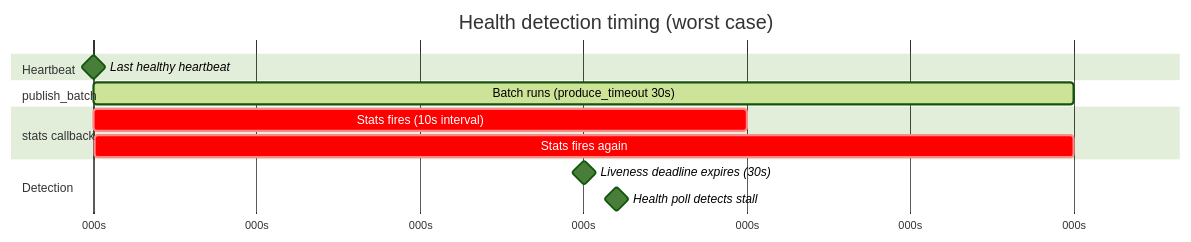
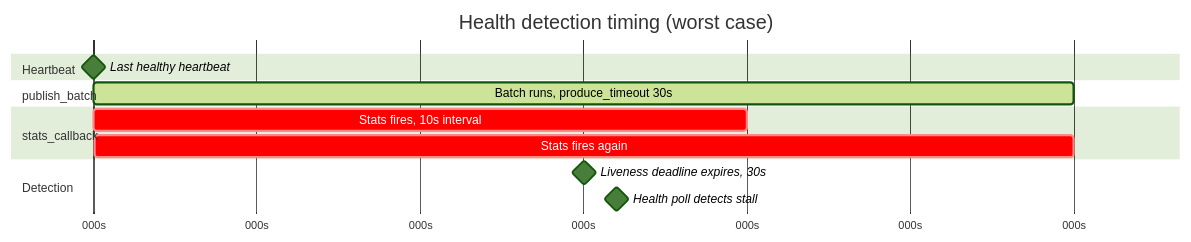
One commit to garnet-labs/posthog changed the sixth of 6 diagrams in rust/capture/src/v1/sinks/DESIGN.md. Above: the diagram before and after it, drawn with Mermaid (forest theme). The commit also changed other lines of this file, not shown here.

````diff
--- a/rust/capture/src/v1/sinks/DESIGN.md
+++ b/rust/capture/src/v1/sinks/DESIGN.md
@@ -387,20 +603,20 @@
 ```mermaid
 gantt
     title Health detection timing (worst case)
     dateFormat X
     axisFormat %Ls
 
     section Heartbeat
     Last healthy heartbeat           :milestone, 0, 0
 
     section publish_batch
-    Batch runs (produce_timeout 30s) :active, 0, 30
+    Batch runs, produce_timeout 30s  :active, 0, 30
 
-    section stats callback
-    Stats fires (10s interval)       :crit, 10, 20
+    section stats_callback
+    Stats fires, 10s interval        :crit, 10, 20
     Stats fires again                :crit, 20, 30
 
     section Detection
-    Liveness deadline expires (30s)  :milestone, 30, 30
+    Liveness deadline expires, 30s   :milestone, 30, 30
     Health poll detects stall        :milestone, 32, 32
 ```
````
